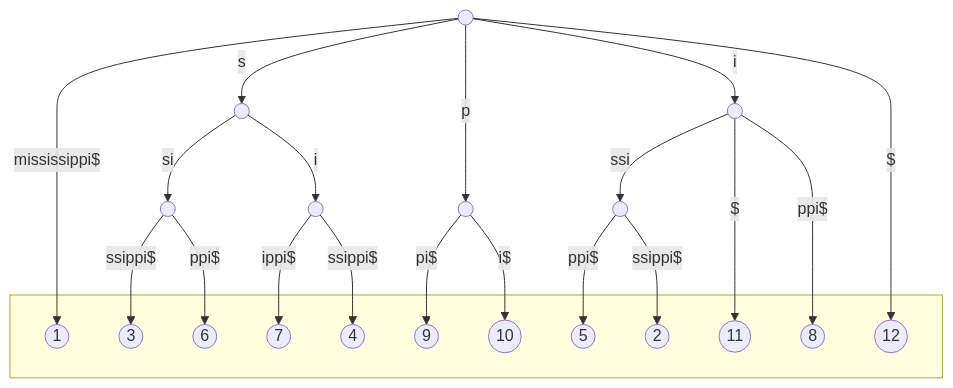
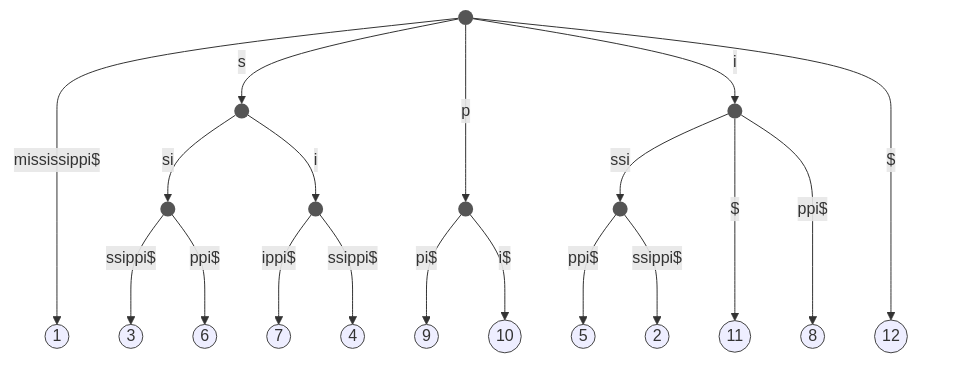
The first of 2 diagrams in notes/temp-notes/n19.md (crispymcbacon/dssc-vault-algorithmic-design-22-23), drawn with Mermaid before and after one commit. The commit also changed other lines of this file, not shown here.

Commit message:
Add color to plots on n19.md

````diff
--- a/notes/temp-notes/n19.md
+++ b/notes/temp-notes/n19.md
@@ -17,44 +17,52 @@
 ```mermaid
 graph TB
 
-ida((" ")) -- mississippi$ --> id1(("1"));
-ida((" ")) -- s --> idb((" "));
-ida((" ")) -- p --> idc((" "));
-ida((" ")) -- i --> idd((" "));
-ida((" ")) -- $ --> id12(("12"));
+ida(( )) -- mississippi$ --> id1((1));
+ida(( )) -- s --> idb(( ));
+ida(( )) -- p --> idc(( ));
+ida(( )) -- i --> idd(( ));
+ida(( )) -- $ --> id12((12));
 
-idb((" ")) -- si --> ide((" "));
-idb((" ")) -- i --> idf((" "));
+idb(( )) -- si --> ide(( ));
+idb(( )) -- i --> idf(( ));
 
-idc((" ")) -- pi$ --> id9(("9"));
-idc((" ")) -- i$ --> id10(("10"));
+idc(( )) -- pi$ --> id9((9));
+idc(( )) -- i$ --> id10((10));
 
-idd((" ")) -- ssi --> idg((" "));
-idd((" ")) -- $ --> id11(("11"));
-idd((" ")) -- ppi$ --> id8(("8"));
+idd(( )) -- ssi --> idg(( ));
+idd(( )) -- $ --> id11((11));
+idd(( )) -- ppi$ --> id8((8));
 
-ide((" ")) -- ssippi$ --> id3(("3"));
-ide((" ")) -- ppi$ --> id6(("6"));
+ide(( )) -- ssippi$ --> id3((3));
+ide(( )) -- ppi$ --> id6((6));
 
-idf((" ")) -- ippi$ --> id7(("7"));
-idf((" ")) -- ssippi$ --> id4(("4"));
+idf(( )) -- ippi$ --> id7((7));
+idf(( )) -- ssippi$ --> id4((4));
 
-idg((" ")) -- ppi$ --> id5(("5"));
-idg((" ")) -- ssippi$ --> id2(("2"));
+idg(( )) -- ppi$ --> id5((5));
+idg(( )) -- ssippi$ --> id2((2));
 
-subgraph " "
-id1(("1"))
-id2(("2"))
-id3(("3"))
-id4(("4"))
-id5(("5"))
-id6(("6"))
-id7(("7"))
-id8(("8"))
-id9(("9"))
-id10(("10"))
-id11(("11"))
-id12(("12"))
+subgraph subpt [ ]
+id1((1))
+id2((2))
+id3((3))
+id4((4))
+id5((5))
+id6((6))
+id7((7))
+id8((8))
+id9((9))
+id10((10))
+id11((11))
+id12((12))
 end
 
+style subpt fill:none, stroke:none;
+
+classDef path fill:#555, stroke:none;
+class ida,idb,idc,idd,ide,idf,idg path;
+
+classDef pattern fill:#EEF, stroke:#444;
+class id1,id2,id3,id4,id5,id6,id7,id8,id9,id10,id11,id12 pattern;
+
 ```
````
